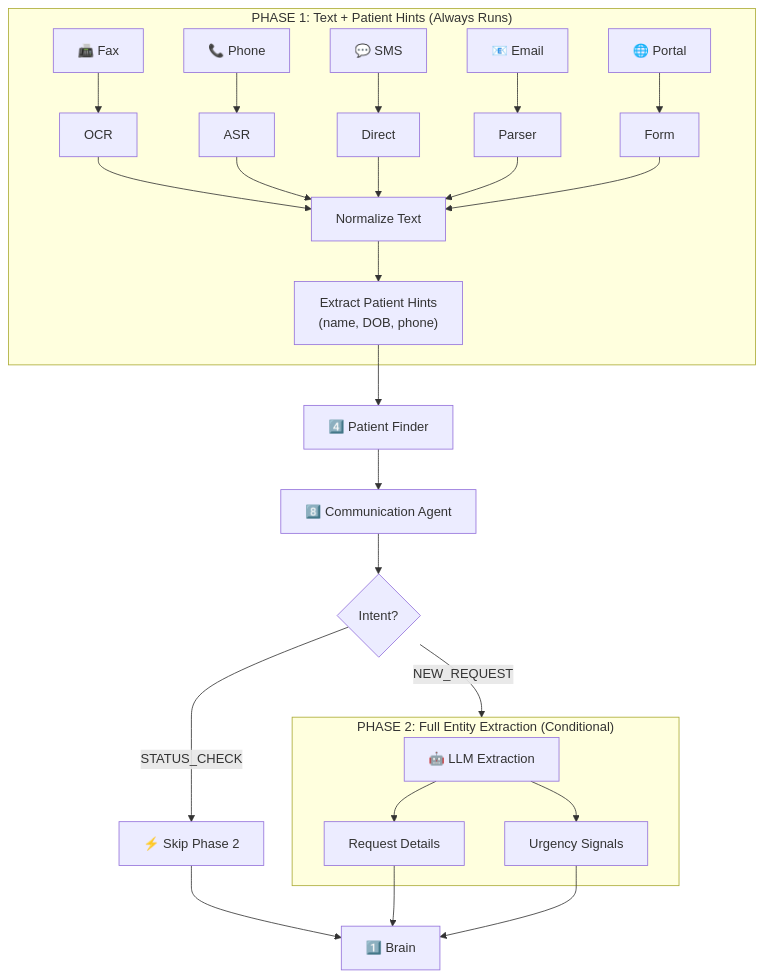
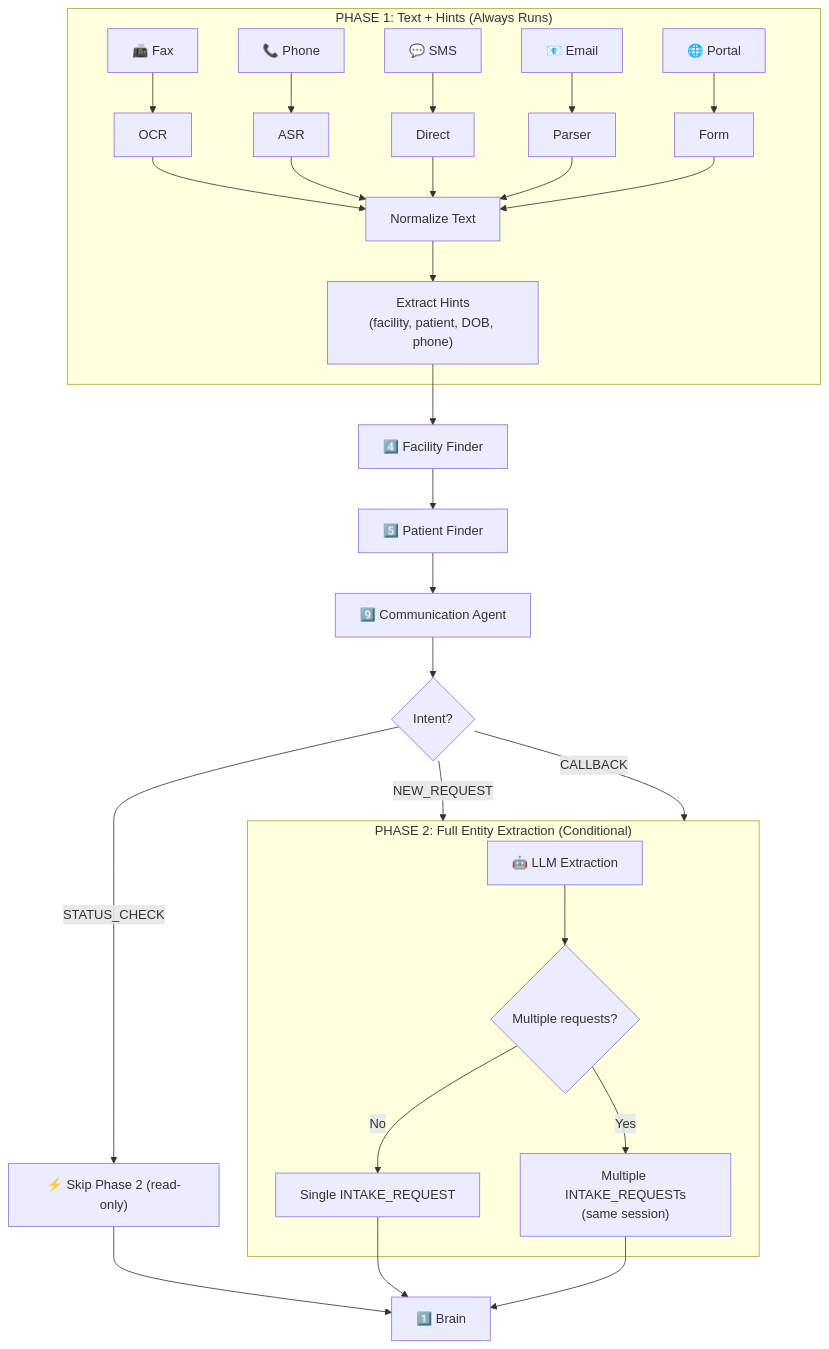
One commit to mohabnazmy/test changed the third of 16 diagrams in all.md. Above: the diagram before and after it, drawn with Mermaid. The commit also changed other lines of this file, not shown here.

````diff
--- a/all.md
+++ b/all.md
@@ -210,37 +276,41 @@
 ```mermaid
 flowchart TB
-    subgraph Phase1["PHASE 1: Text + Patient Hints (Always Runs)"]
+    subgraph Phase1["PHASE 1: Text + Hints (Always Runs)"]
         Fax["📠 Fax"] --> OCR["OCR"]
         Phone["📞 Phone"] --> ASR["ASR"]
         SMS["💬 SMS"] --> Direct["Direct"]
         Email["📧 Email"] --> Parse["Parser"]
         Portal["🌐 Portal"] --> Form["Form"]
         
         OCR --> Norm["Normalize Text"]
         ASR --> Norm
         Direct --> Norm
         Parse --> Norm
         Form --> Norm
         
-        Norm --> Extract["Extract Patient Hints<br/>(name, DOB, phone)"]
+        Norm --> Extract["Extract Hints<br/>(facility, patient, DOB, phone)"]
     end
     
-    Extract --> PF["4️⃣ Patient Finder"]
-    PF --> Comm["8️⃣ Communication Agent"]
+    Extract --> FF["4️⃣ Facility Finder"]
+    FF --> PF["5️⃣ Patient Finder"]
+    PF --> Comm["9️⃣ Communication Agent"]
     Comm --> Fork{"Intent?"}
     
-    Fork -->|STATUS_CHECK| Skip["⚡ Skip Phase 2"]
+    Fork -->|STATUS_CHECK| Skip["⚡ Skip Phase 2 (read-only)"]
     Fork -->|NEW_REQUEST| Phase2
+    Fork -->|CALLBACK| Phase2
     
     subgraph Phase2["PHASE 2: Full Entity Extraction (Conditional)"]
         LLM["🤖 LLM Extraction"]
-        Request["Request Details"]
-        Urgency["Urgency Signals"]
-        LLM --> Request
-        LLM --> Urgency
+        Split{"Multiple requests?"}
+        Single["Single INTAKE_REQUEST"]
+        Multi["Multiple INTAKE_REQUESTs<br/>(same session)"]
+        LLM --> Split
+        Split -->|No| Single
+        Split -->|Yes| Multi
     end
     
     Skip --> Brain["1️⃣ Brain"]
-    Request --> Brain
-    Urgency --> Brain
+    Single --> Brain
+    Multi --> Brain
 ```
````
